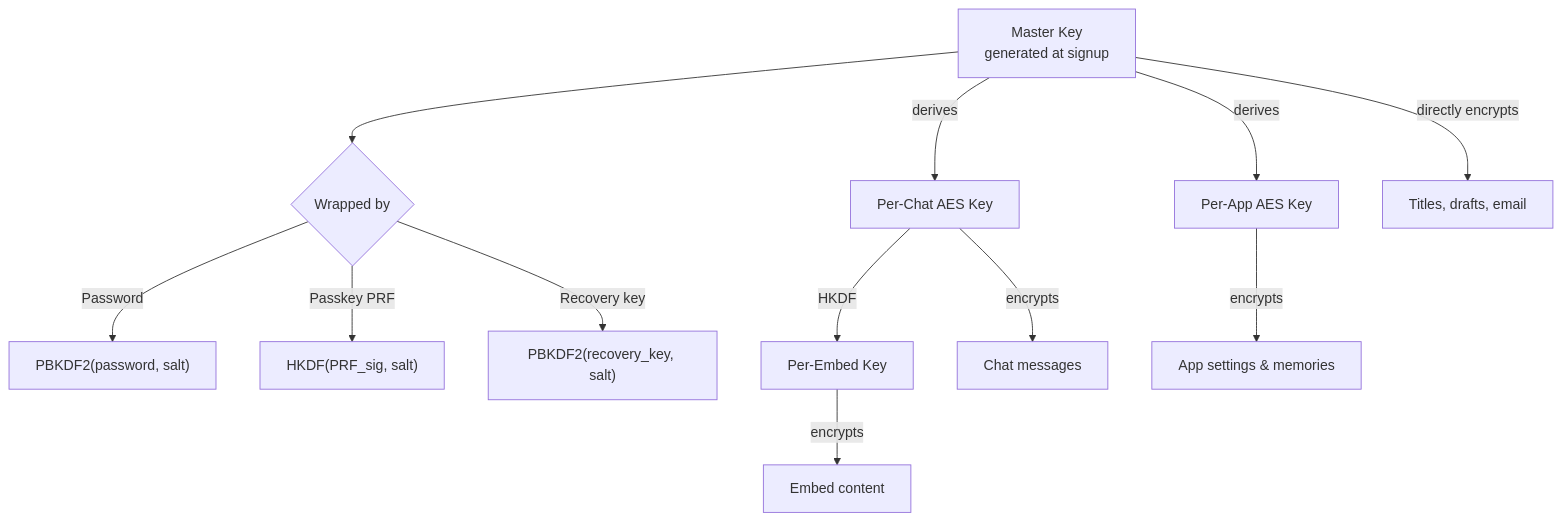
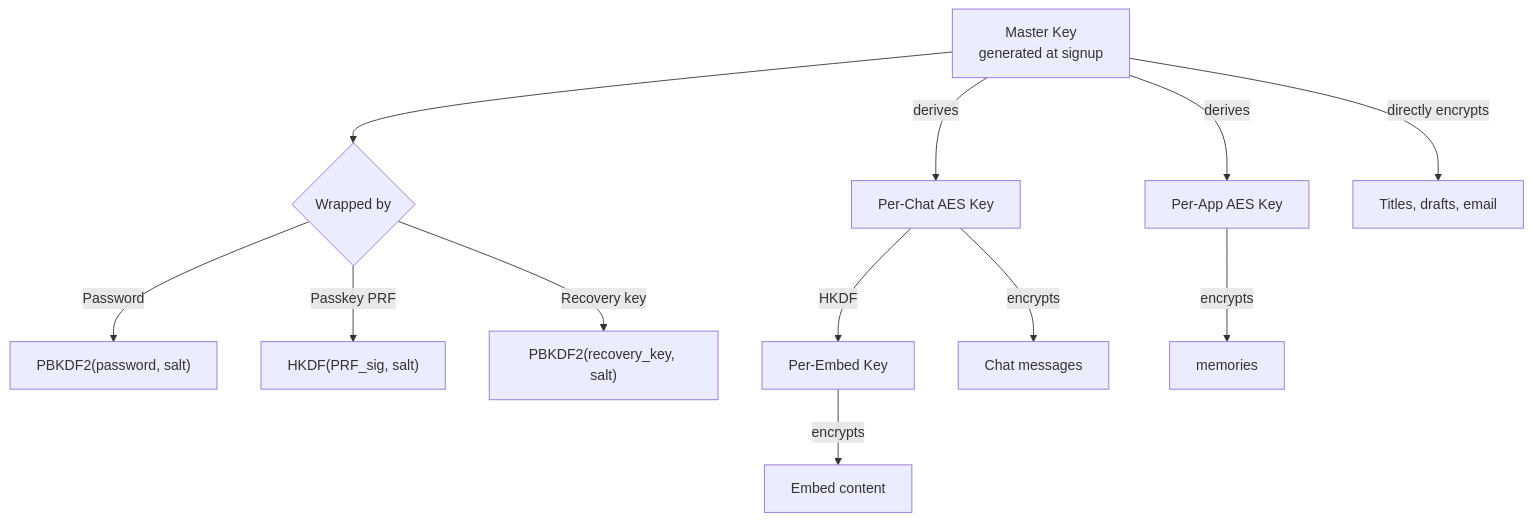
Before and after one commit to glowingkitty/OpenMates: the diagram in docs/architecture/core/client-side-encryption.md, drawn with Mermaid. The commit also changed other lines of this file and 131 other files, not shown here.

````diff
--- a/docs/architecture/core/client-side-encryption.md
+++ b/docs/architecture/core/client-side-encryption.md
@@ -24,16 +24,16 @@
 ```mermaid
 graph TB
     MK["Master Key<br/>generated at signup"] --> W{Wrapped by}
     W -->|Password| PW["PBKDF2(password, salt)"]
     W -->|Passkey PRF| PRF["HKDF(PRF_sig, salt)"]
     W -->|Recovery key| RK["PBKDF2(recovery_key, salt)"]
 
     MK -->|derives| CK["Per-Chat AES Key"]
     MK -->|derives| AK["Per-App AES Key"]
     MK -->|directly encrypts| TM["Titles, drafts, email"]
     CK -->|HKDF| EK["Per-Embed Key"]
 
     CK -->|encrypts| CD["Chat messages"]
-    AK -->|encrypts| AD["App settings & memories"]
+    AK -->|encrypts| AD["memories"]
     EK -->|encrypts| ED["Embed content"]
 ```
````
